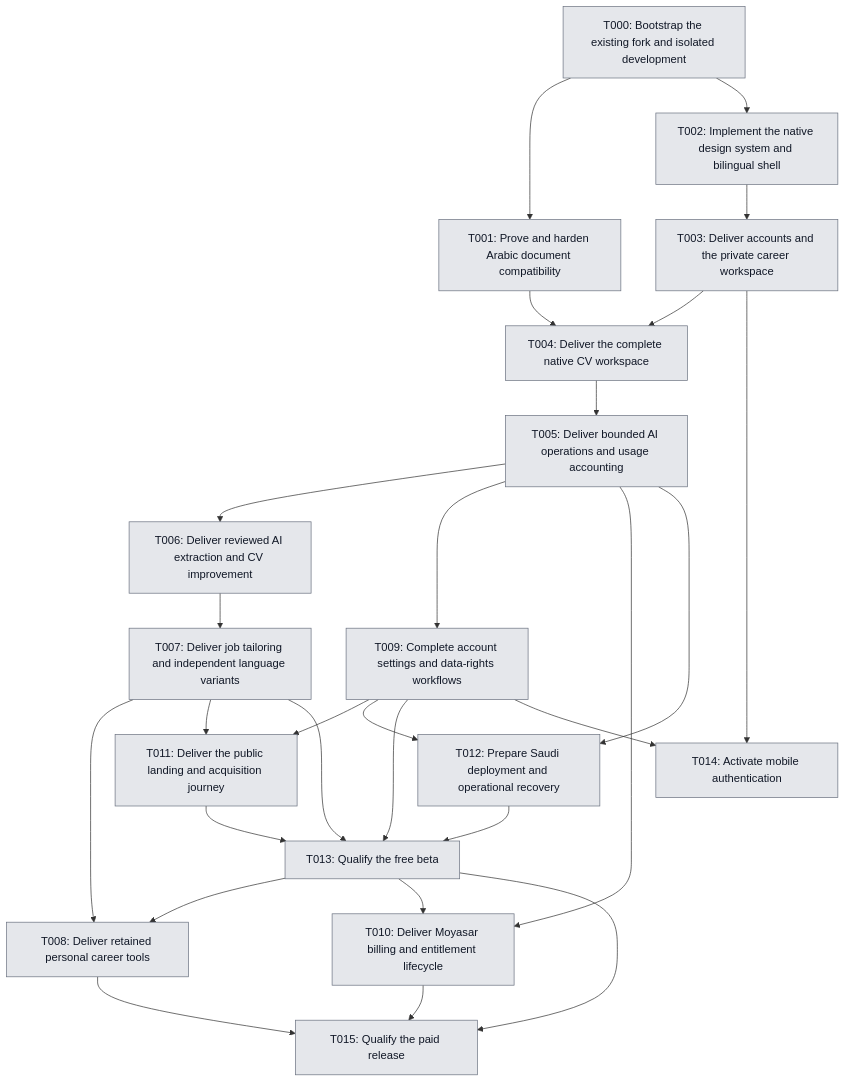
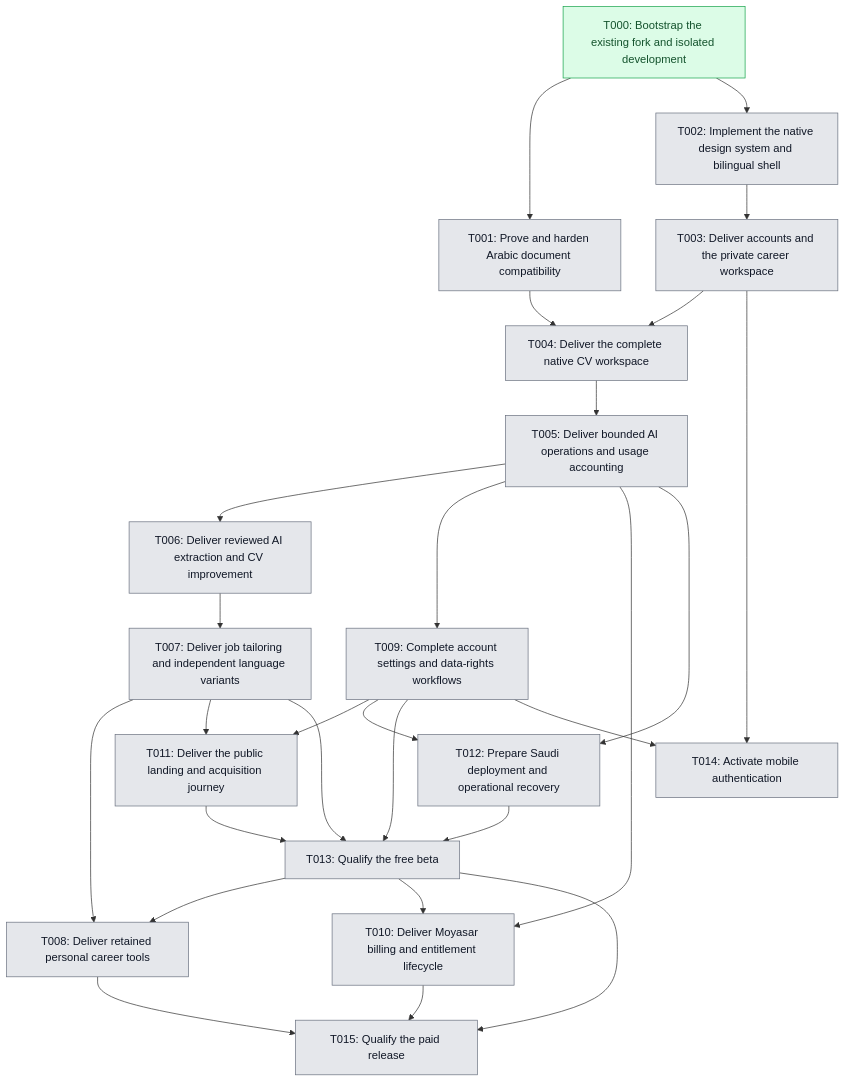
Before and after one commit to 0-sayed/master-cv: the diagram in Planning/roadmap/dependencies.mmd, drawn with Mermaid. The commit also changed 6 other files, not shown here.

```diff
--- a/Planning/roadmap/dependencies.mmd
+++ b/Planning/roadmap/dependencies.mmd
@@ -1,48 +1,49 @@
 flowchart TD
     T000["T000: Bootstrap the existing fork and isolated development"]
     T001["T001: Prove and harden Arabic document compatibility"]
     T002["T002: Implement the native design system and bilingual shell"]
     T003["T003: Deliver accounts and the private career workspace"]
     T004["T004: Deliver the complete native CV workspace"]
     T005["T005: Deliver bounded AI operations and usage accounting"]
     T006["T006: Deliver reviewed AI extraction and CV improvement"]
     T007["T007: Deliver job tailoring and independent language variants"]
     T008["T008: Deliver retained personal career tools"]
     T009["T009: Complete account settings and data-rights workflows"]
     T010["T010: Deliver Moyasar billing and entitlement lifecycle"]
     T011["T011: Deliver the public landing and acquisition journey"]
     T012["T012: Prepare Saudi deployment and operational recovery"]
     T013["T013: Qualify the free beta"]
     T014["T014: Activate mobile authentication"]
     T015["T015: Qualify the paid release"]
 
     T000 --> T001
     T000 --> T002
     T002 --> T003
     T001 --> T004
     T003 --> T004
     T004 --> T005
     T005 --> T006
     T006 --> T007
     T007 --> T008
     T013 --> T008
     T005 --> T009
     T005 --> T010
     T013 --> T010
     T007 --> T011
     T009 --> T011
     T005 --> T012
     T009 --> T012
     T007 --> T013
     T009 --> T013
     T011 --> T013
     T012 --> T013
     T003 --> T014
     T009 --> T014
     T008 --> T015
     T010 --> T015
     T013 --> T015
 
     classDef pending fill:#e5e7eb,stroke:#6b7280,color:#111827;
     classDef done fill:#dcfce7,stroke:#16a34a,color:#14532d;
-    class T000,T001,T002,T003,T004,T005,T006,T007,T008,T009,T010,T011,T012,T013,T014,T015 pending;
+    class T000 done;
+    class T001,T002,T003,T004,T005,T006,T007,T008,T009,T010,T011,T012,T013,T014,T015 pending;
```
